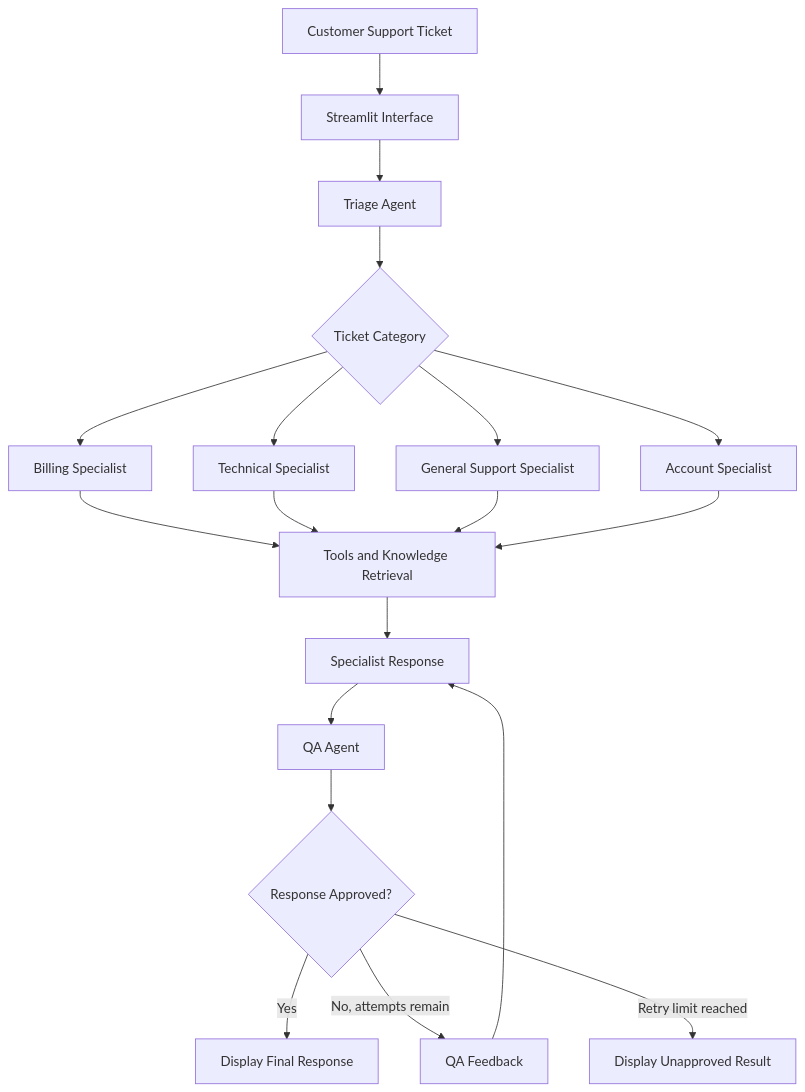
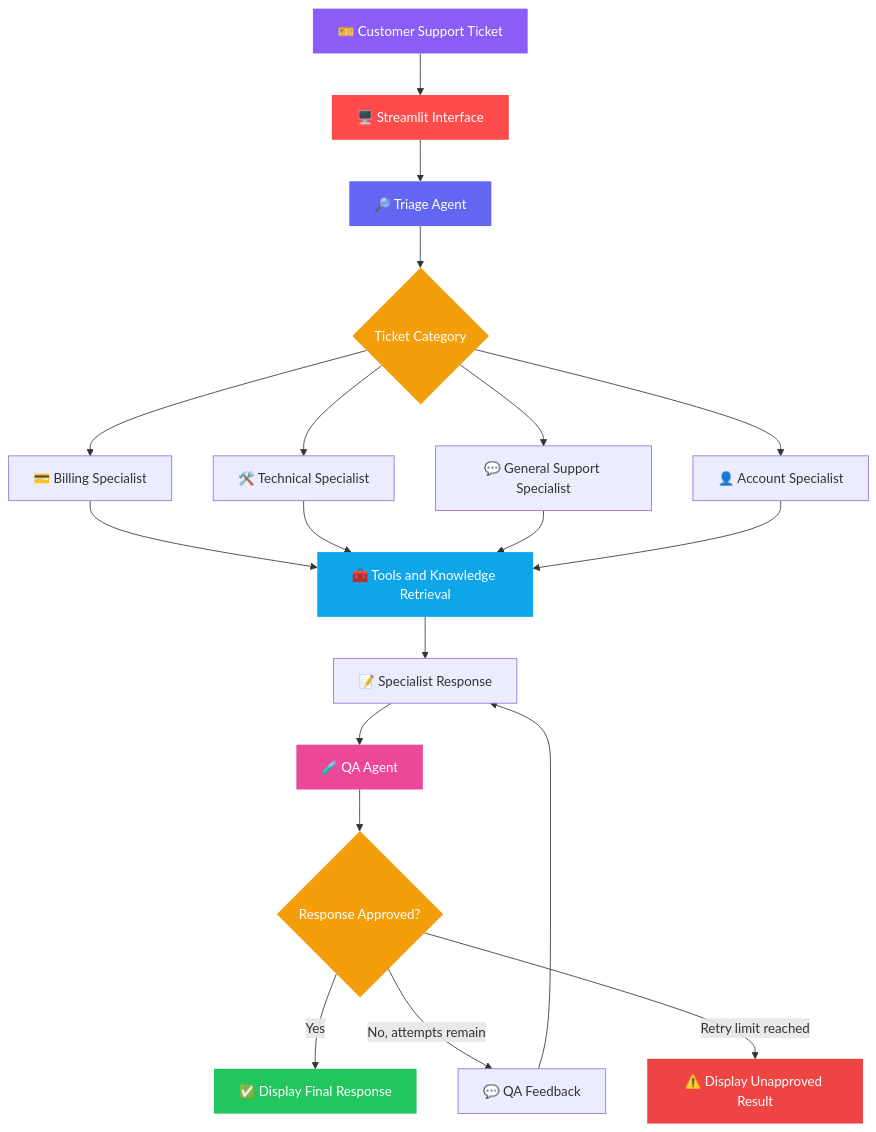
Before and after one commit to Mahee0117/Ticket_resolver_crewai: the first of 2 diagrams in README.md, drawn with Mermaid. The commit also changed other lines of this file, not shown here.

````diff
--- a/README.md
+++ b/README.md
@@ -37,25 +103,35 @@
 ```mermaid
 flowchart TD
-    A[Customer Support Ticket] --> B[Streamlit Interface]
-    B --> C[Triage Agent]
+    A[🎫 Customer Support Ticket] --> B[🖥️ Streamlit Interface]
+    B --> C[🔎 Triage Agent]
     C --> D{Ticket Category}
 
-    D --> E[Billing Specialist]
-    D --> F[Technical Specialist]
-    D --> G[General Support Specialist]
-    D --> H[Account Specialist]
+    D --> E[💳 Billing Specialist]
+    D --> F[🛠️ Technical Specialist]
+    D --> G[💬 General Support Specialist]
+    D --> H[👤 Account Specialist]
 
-    E --> I[Tools and Knowledge Retrieval]
+    E --> I[🧰 Tools and Knowledge Retrieval]
     F --> I
     G --> I
     H --> I
 
-    I --> J[Specialist Response]
-    J --> K[QA Agent]
+    I --> J[📝 Specialist Response]
+    J --> K[🧪 QA Agent]
     K --> L{Response Approved?}
 
-    L -->|Yes| M[Display Final Response]
-    L -->|No, attempts remain| N[QA Feedback]
+    L -->|Yes| M[✅ Display Final Response]
+    L -->|No, attempts remain| N[💬 QA Feedback]
     N --> J
-    L -->|Retry limit reached| O[Display Unapproved Result]
+    L -->|Retry limit reached| O[⚠️ Display Unapproved Result]
+
+    style A fill:#8b5cf6,color:#fff,stroke:none
+    style B fill:#ff4b4b,color:#fff,stroke:none
+    style C fill:#6366f1,color:#fff,stroke:none
+    style D fill:#f59e0b,color:#fff,stroke:none
+    style I fill:#0ea5e9,color:#fff,stroke:none
+    style K fill:#ec4899,color:#fff,stroke:none
+    style L fill:#f59e0b,color:#fff,stroke:none
+    style M fill:#22c55e,color:#fff,stroke:none
+    style O fill:#ef4444,color:#fff,stroke:none
 ```
````
